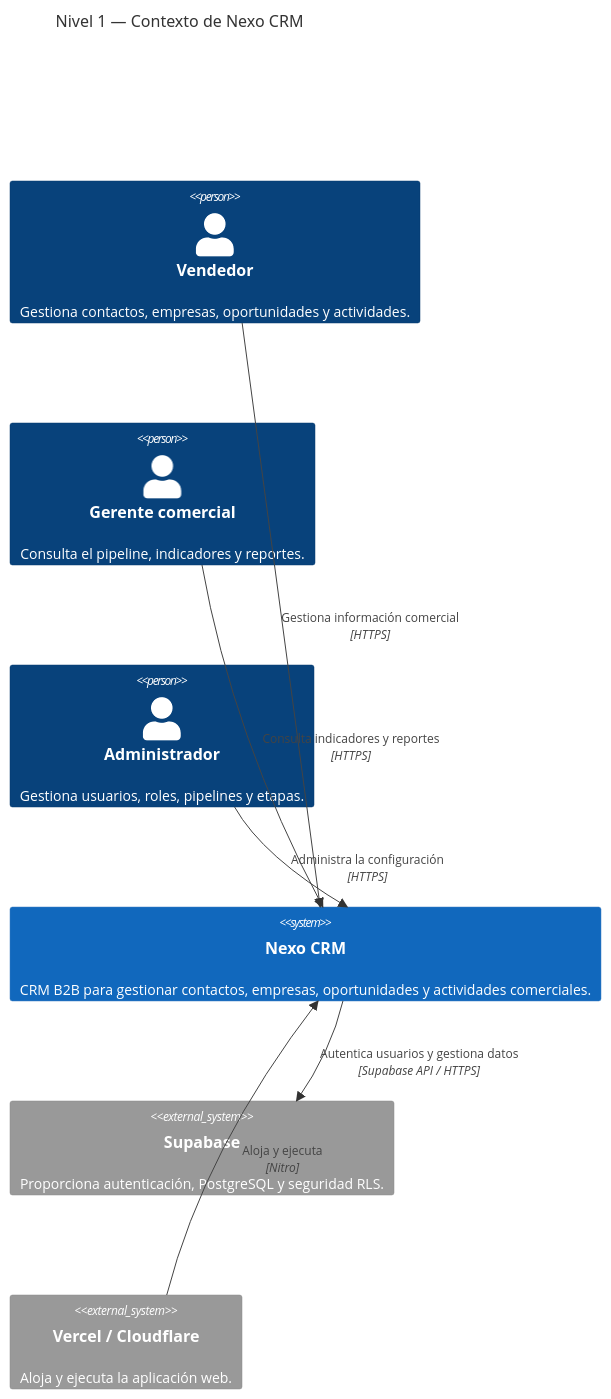
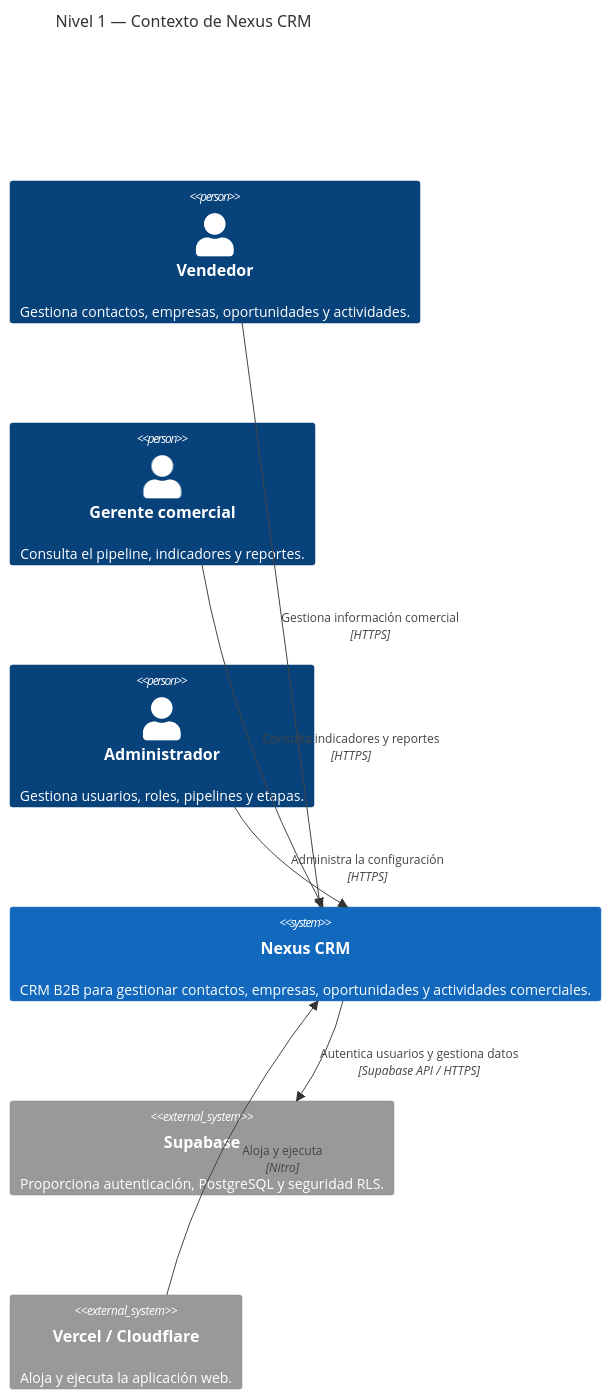
Before and after one commit to Felipe7774/NEXUS: the first of 4 diagrams in docs/diagramas-c4.md, drawn with Mermaid. The commit also changed other lines of this file and 21 other files, not shown here.

Commit message:
feat: redesign landing and rebrand CRM as Nexus (#81)

````diff
--- a/docs/diagramas-c4.md
+++ b/docs/diagramas-c4.md
@@ -9,21 +9,21 @@
 ```mermaid
 C4Context
-    title Nivel 1 — Contexto de Nexo CRM
+    title Nivel 1 — Contexto de Nexus CRM
 
     Person(vendedor, "Vendedor", "Gestiona contactos, empresas, oportunidades y actividades.")
     Person(gerente, "Gerente comercial", "Consulta el pipeline, indicadores y reportes.")
     Person(admin, "Administrador", "Gestiona usuarios, roles, pipelines y etapas.")
 
-    System(nexo, "Nexo CRM", "CRM B2B para gestionar contactos, empresas, oportunidades y actividades comerciales.")
+    System(nexo, "Nexus CRM", "CRM B2B para gestionar contactos, empresas, oportunidades y actividades comerciales.")
 
     System_Ext(supabase, "Supabase", "Proporciona autenticación, PostgreSQL y seguridad RLS.")
     System_Ext(hosting, "Vercel / Cloudflare", "Aloja y ejecuta la aplicación web.")
 
     Rel(vendedor, nexo, "Gestiona información comercial", "HTTPS")
     Rel(gerente, nexo, "Consulta indicadores y reportes", "HTTPS")
     Rel(admin, nexo, "Administra la configuración", "HTTPS")
     Rel(nexo, supabase, "Autentica usuarios y gestiona datos", "Supabase API / HTTPS")
     Rel(hosting, nexo, "Aloja y ejecuta", "Nitro")
 
     UpdateLayoutConfig($c4ShapeInRow="3", $c4BoundaryInRow="1")
 ```
````
